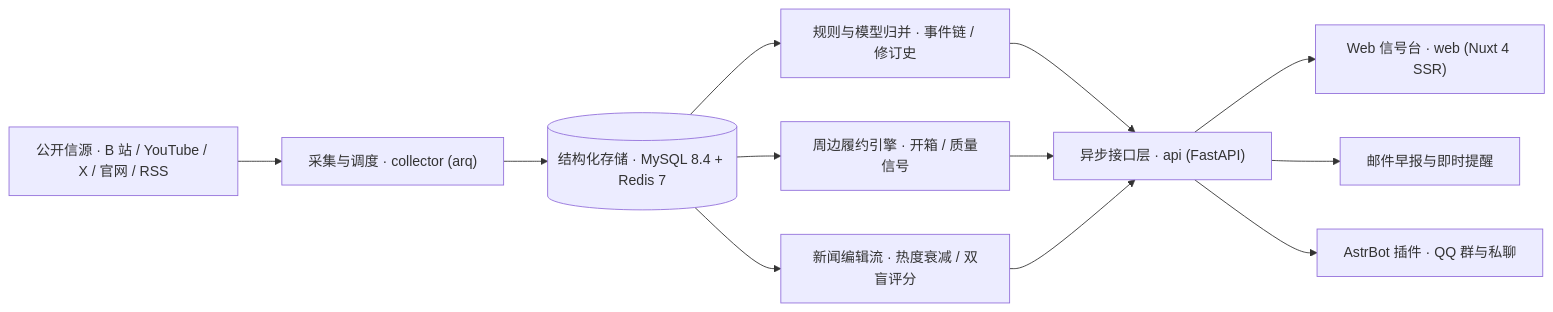
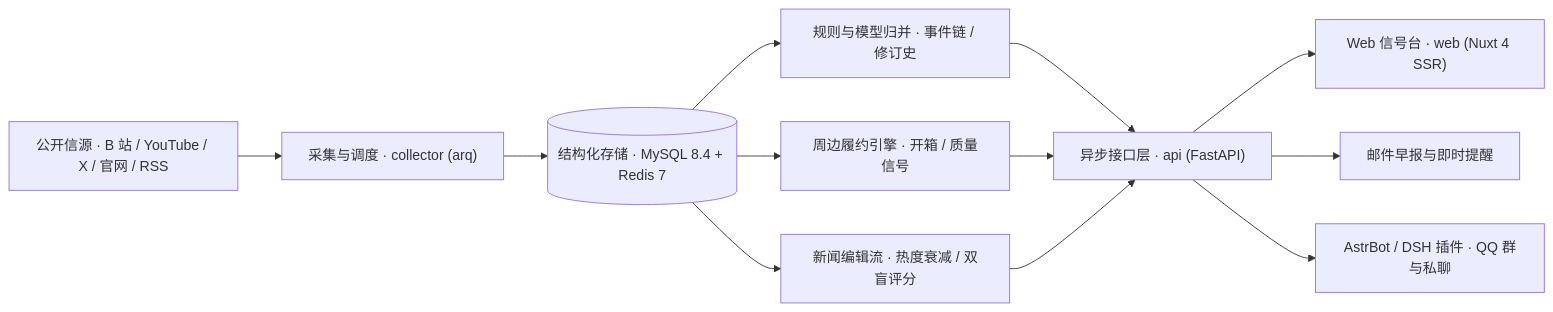
The diagram in README.md (tianyin231/AniSignal), drawn with Mermaid before and after one commit. The commit also changed other lines of this file and 16 other files, not shown here.

````diff
--- a/README.md
+++ b/README.md
@@ -88,14 +88,14 @@
 ```mermaid
 flowchart LR
     S["公开信源 · B 站 / YouTube / X / 官网 / RSS"] --> C["采集与调度 · collector (arq)"]
     C --> DB[("结构化存储 · MySQL 8.4 + Redis 7")]
     DB --> E["规则与模型归并 · 事件链 / 修订史"]
     DB --> P["周边履约引擎 · 开箱 / 质量信号"]
     DB --> N["新闻编辑流 · 热度衰减 / 双盲评分"]
     E --> API["异步接口层 · api (FastAPI)"]
     P --> API
     N --> API
     API --> W["Web 信号台 · web (Nuxt 4 SSR)"]
     API --> M["邮件早报与即时提醒"]
-    API --> B["AstrBot 插件 · QQ 群与私聊"]
+    API --> B["AstrBot / DSH 插件 · QQ 群与私聊"]
 ```
````
